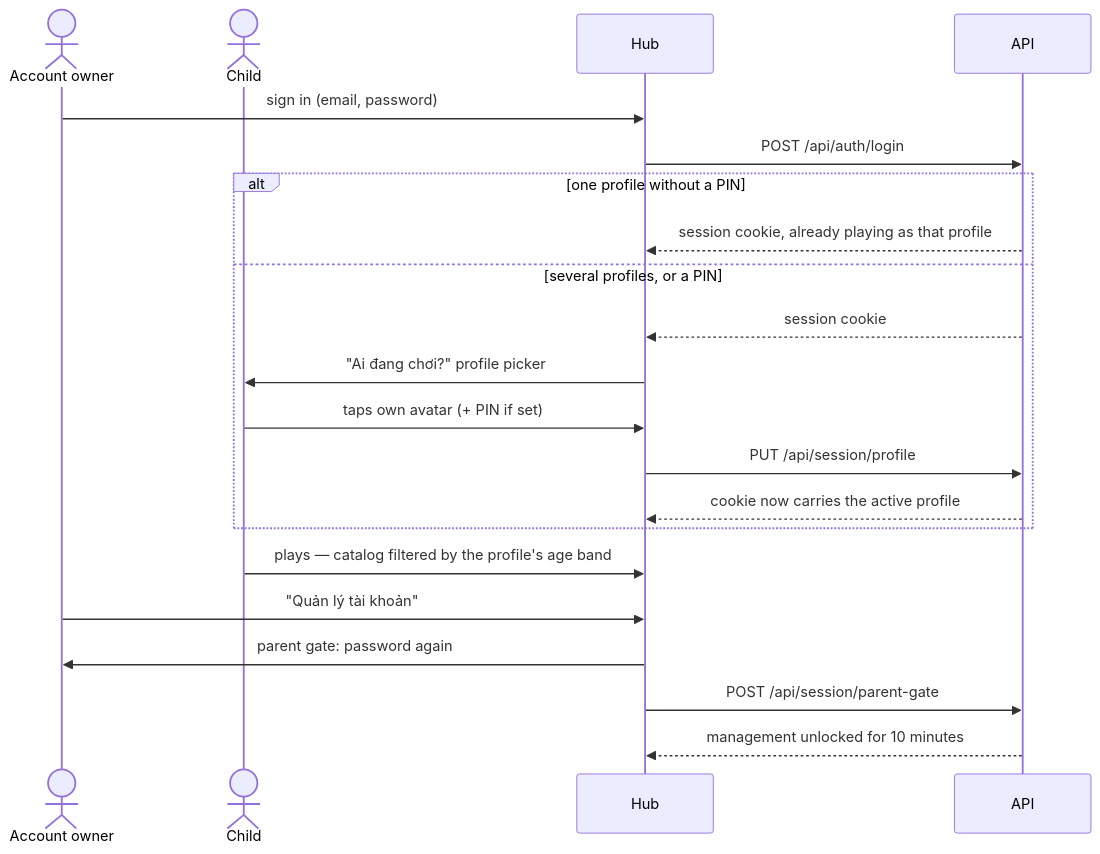
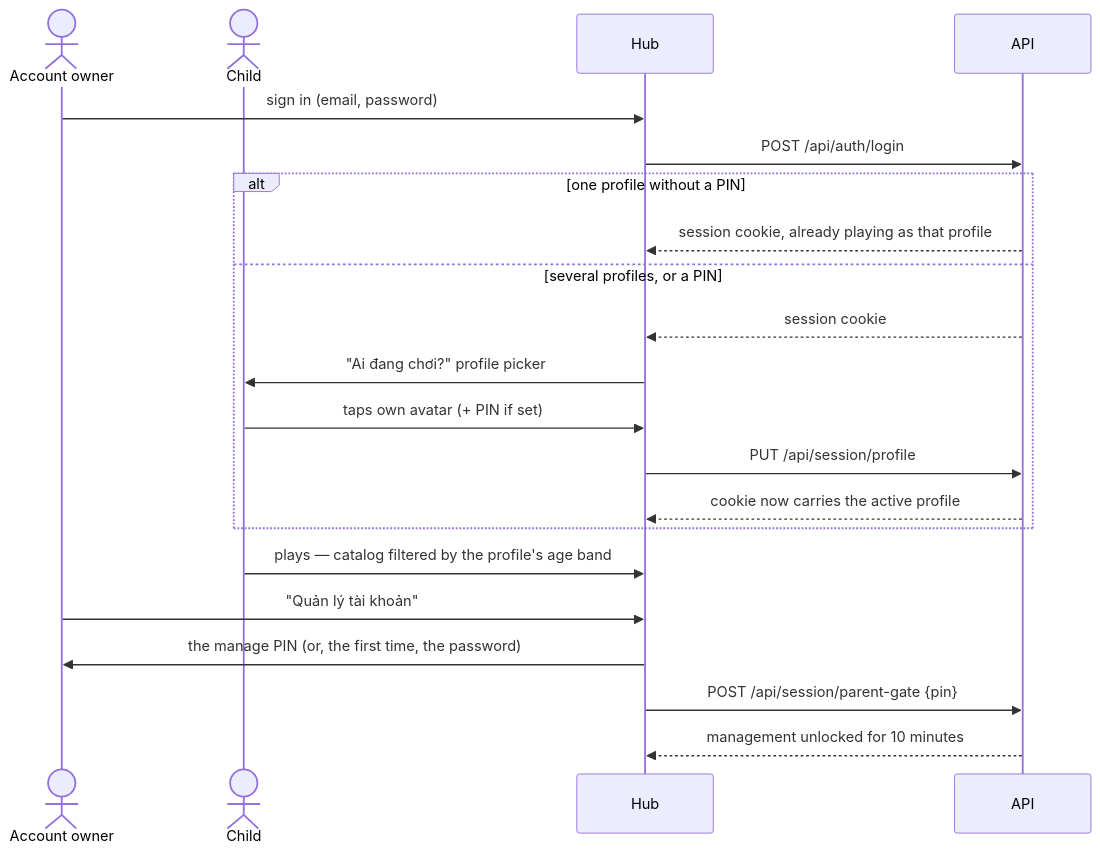
One commit to vinh466/tohe-play changed the seventh of 7 diagrams in docs/architecture/identity.md. Above: the diagram before and after it, drawn with Mermaid. The commit also changed other lines of this file and 5 other files, not shown here.

````diff
--- a/docs/architecture/identity.md
+++ b/docs/architecture/identity.md
@@ -198,24 +223,24 @@
 ```mermaid
 sequenceDiagram
   actor P as Account owner
   actor C as Child
   participant H as Hub
   participant API
 
   P->>H: sign in (email, password)
   H->>API: POST /api/auth/login
   alt one profile without a PIN
     API-->>H: session cookie, already playing as that profile
   else several profiles, or a PIN
     API-->>H: session cookie
     H->>C: "Ai đang chơi?" profile picker
     C->>H: taps own avatar (+ PIN if set)
     H->>API: PUT /api/session/profile
     API-->>H: cookie now carries the active profile
   end
   C->>H: plays — catalog filtered by the profile's age band
   P->>H: "Quản lý tài khoản"
-  H->>P: parent gate: password again
-  H->>API: POST /api/session/parent-gate
+  H->>P: the manage PIN (or, the first time, the password)
+  H->>API: POST /api/session/parent-gate {pin}
   API-->>H: management unlocked for 10 minutes
 ```
````
